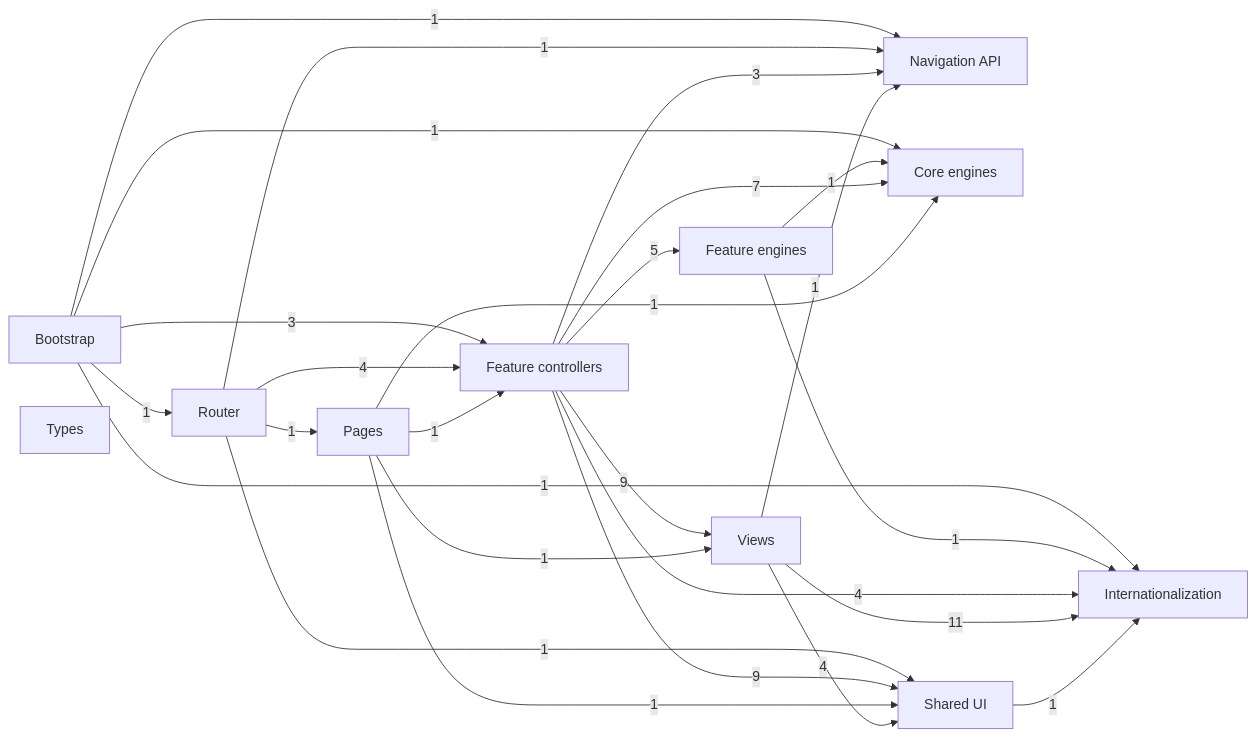
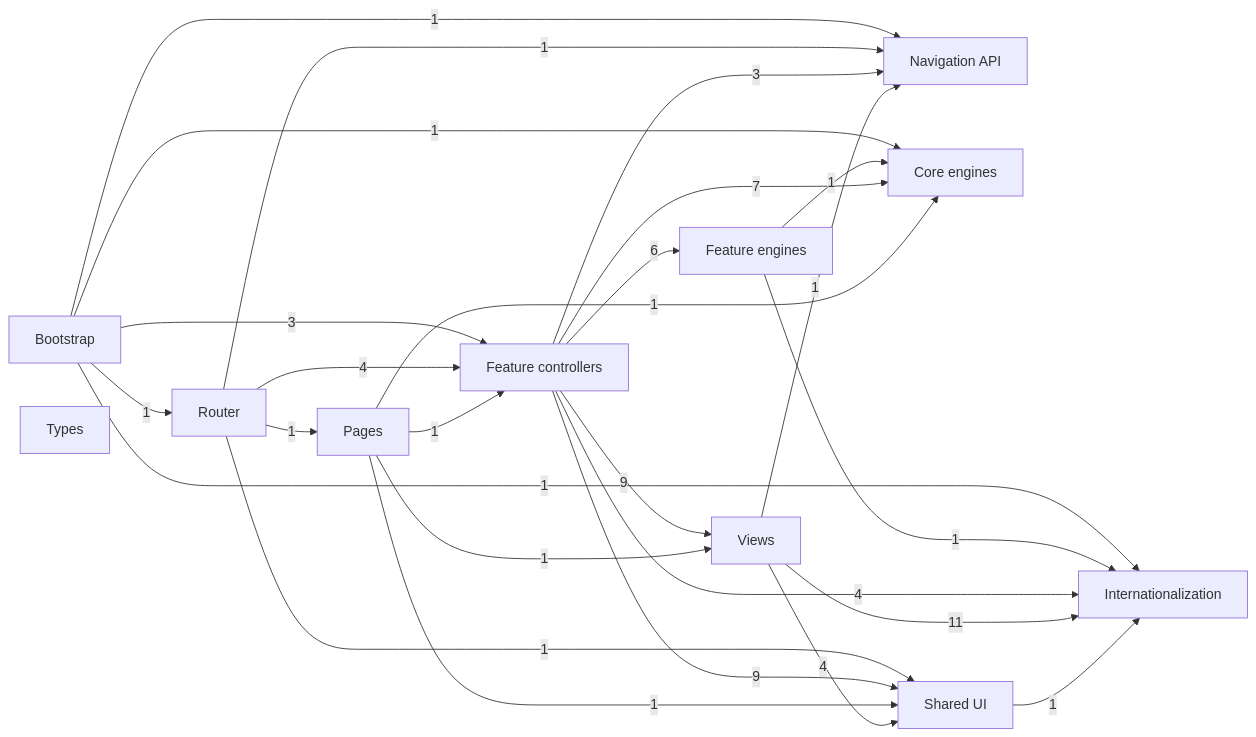
The first of 11 diagrams in docs/dependency-graph.md (temsahak-rgb/Dino-5monde), drawn with Mermaid before and after one commit. The commit also changed other lines of this file and 14 other files, not shown here.

````diff
--- a/docs/dependency-graph.md
+++ b/docs/dependency-graph.md
@@ -12,39 +12,39 @@
 ```mermaid
 flowchart LR
     G0["Bootstrap"]
     G1["Router"]
     G2["Navigation API"]
     G3["Core engines"]
     G4["Feature engines"]
     G5["Feature controllers"]
     G6["Pages"]
     G7["Views"]
     G8["Shared UI"]
     G9["Internationalization"]
     G10["Types"]
     G0 -->|1| G1
     G0 -->|1| G2
     G0 -->|1| G3
     G0 -->|3| G5
     G0 -->|1| G9
     G1 -->|1| G2
     G1 -->|4| G5
     G1 -->|1| G6
     G1 -->|1| G8
     G4 -->|1| G3
     G4 -->|1| G9
     G5 -->|3| G2
     G5 -->|7| G3
-    G5 -->|5| G4
+    G5 -->|6| G4
     G5 -->|9| G7
     G5 -->|9| G8
     G5 -->|4| G9
     G6 -->|1| G3
     G6 -->|1| G5
     G6 -->|1| G7
     G6 -->|1| G8
     G7 -->|1| G2
     G7 -->|4| G8
     G7 -->|11| G9
     G8 -->|1| G9
 ```
````
